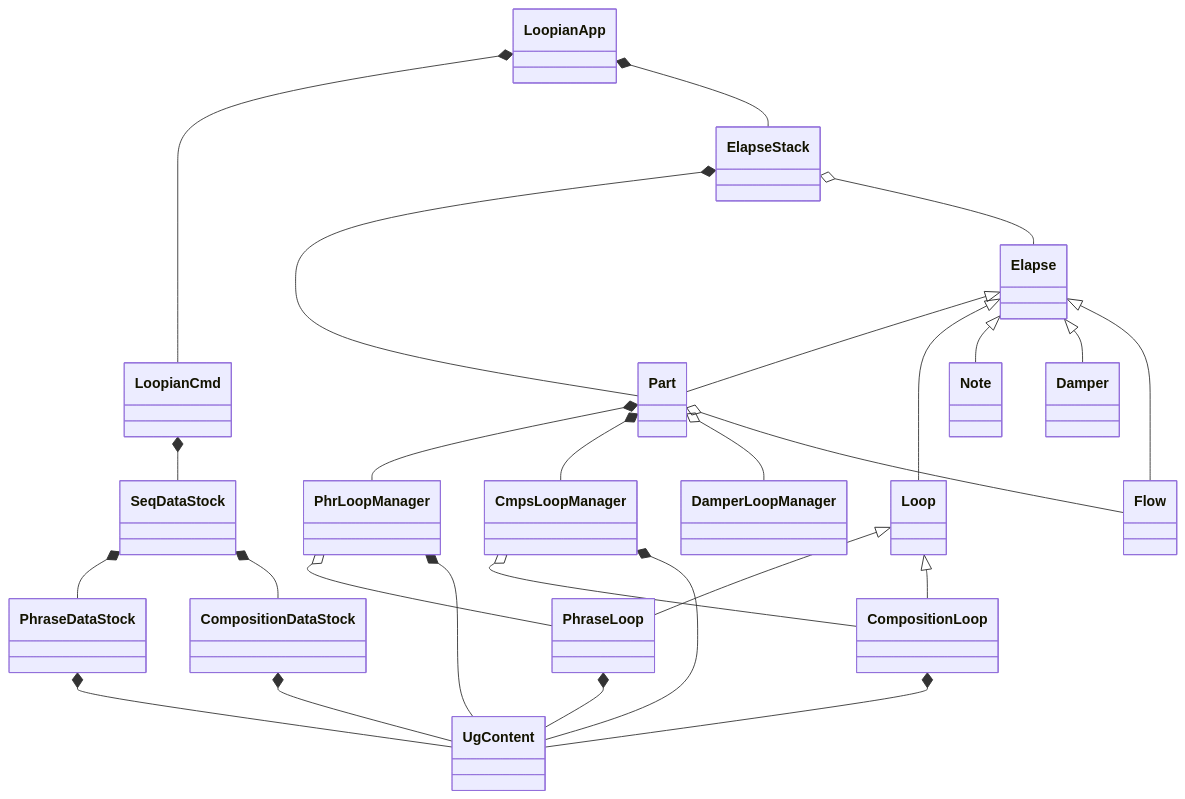
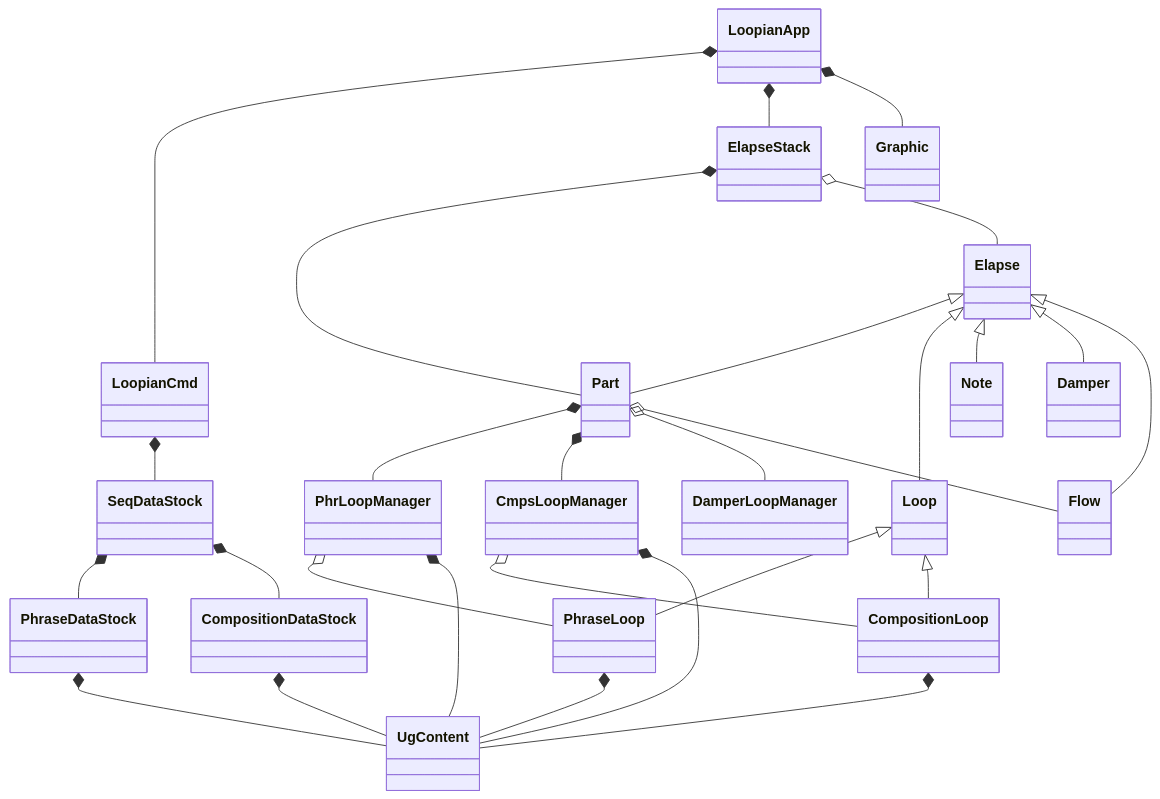
The diagram in doc/idea.md (hasebems/Loopian_Rust), drawn with Mermaid before and after one commit. The commit also changed other lines of this file, not shown here.

````diff
--- a/doc/idea.md
+++ b/doc/idea.md
@@ -110,29 +111,30 @@
 ```mermaid
 classDiagram
 LoopianApp *-- LoopianCmd
 LoopianApp *-- ElapseStack
+LoopianApp *-- Graphic
 Elapse <|-- Part
 Elapse <|-- Loop
 Loop <|-- PhraseLoop
 Loop <|-- CompositionLoop
 Elapse <|-- Note
 Elapse <|-- Damper
 Elapse <|-- Flow
 ElapseStack *-- Part
 ElapseStack o-- Elapse
 LoopianCmd *-- SeqDataStock
 SeqDataStock *-- PhraseDataStock
 SeqDataStock *-- CompositionDataStock
 Part *-- PhrLoopManager
 Part *-- CmpsLoopManager
 Part o-- DamperLoopManager
 Part o-- Flow
 PhrLoopManager o-- PhraseLoop
 CmpsLoopManager o-- CompositionLoop
 PhrLoopManager *-- UgContent
 CmpsLoopManager *-- UgContent
 PhraseLoop *-- UgContent
 CompositionLoop *-- UgContent
 PhraseDataStock *-- UgContent
 CompositionDataStock *-- UgContent
 ```
````
